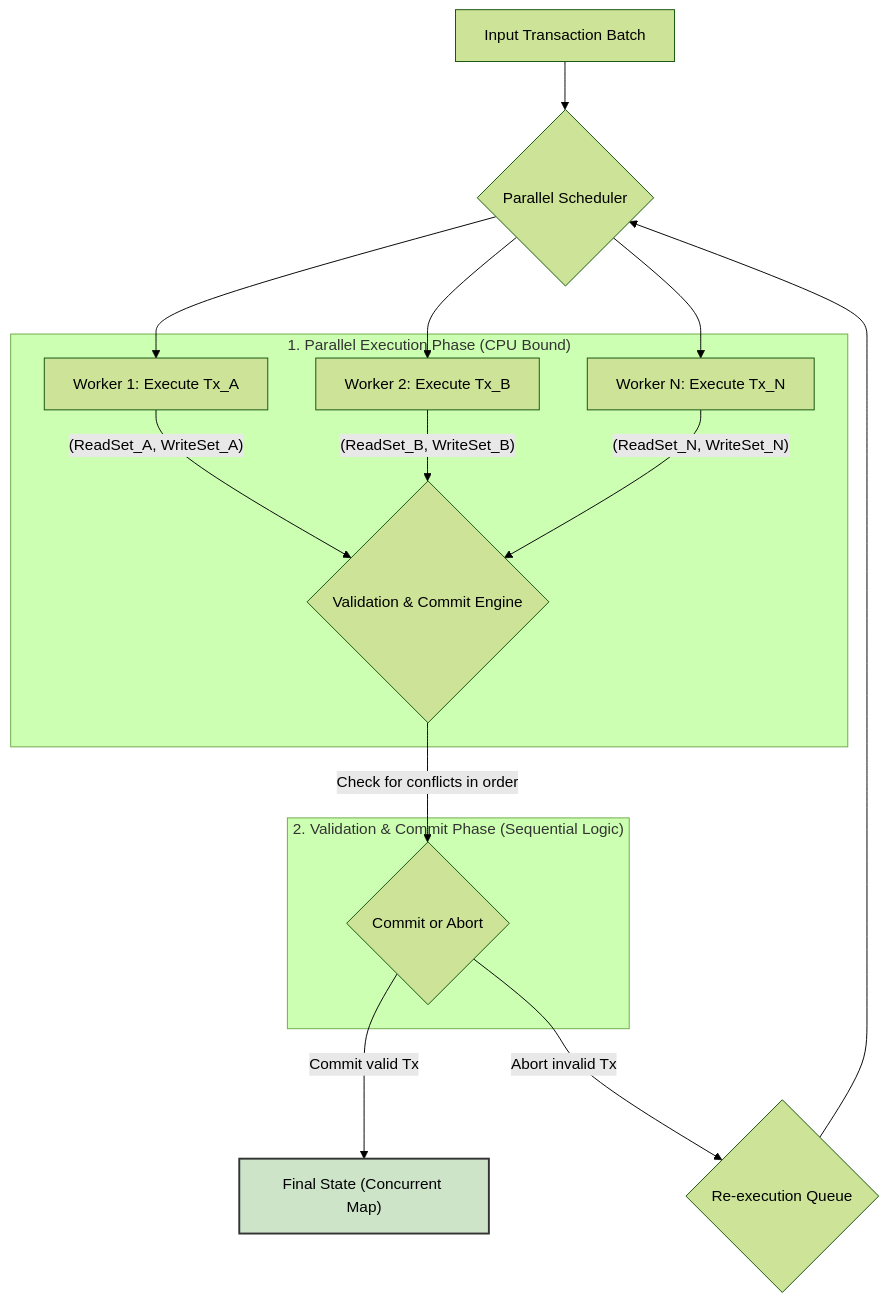
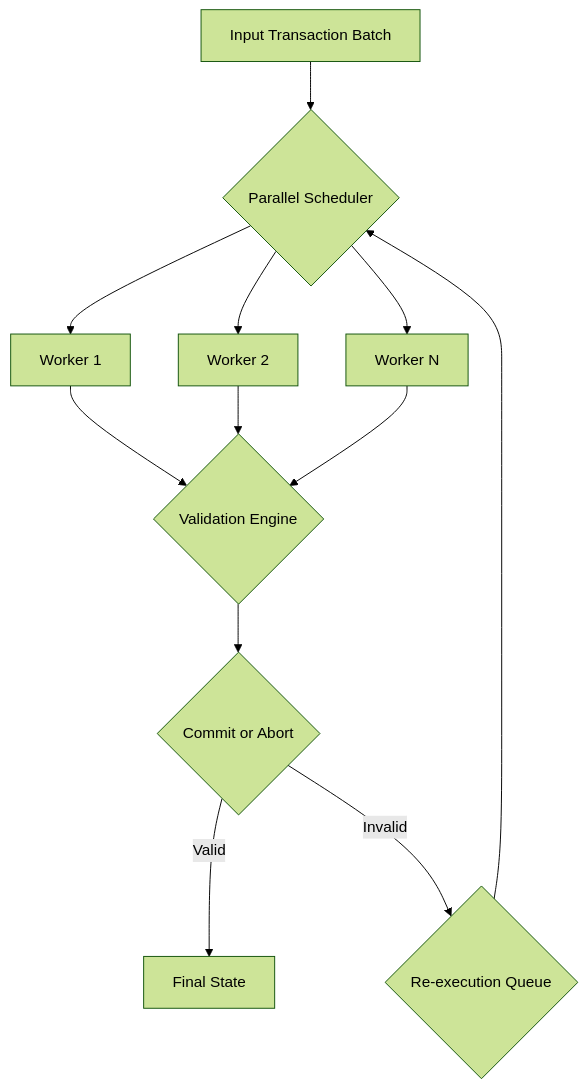
One commit to melatron/eth-transaction-validator changed the diagram in README.md. Above: the diagram before and after it, drawn with Mermaid (forest theme).

````diff
--- a/README.md
+++ b/README.md
@@ -36,23 +36,16 @@
 ```mermaid
 graph TD
-    A[Input Transaction Batch] --> B{Parallel Scheduler};
-    B --> C1[Worker 1: Execute Tx_A];
-    B --> C2[Worker 2: Execute Tx_B];
-    B --> C3[Worker N: Execute Tx_N];
+    InputBatch[Input Transaction Batch] --> Scheduler{Parallel Scheduler};
+    Scheduler --> Worker1[Worker 1];
+    Scheduler --> Worker2[Worker 2];
+    Scheduler --> WorkerN[Worker N];
 
-    subgraph "1. Parallel Execution Phase (CPU Bound)"
-        C1 -- "(ReadSet_A, WriteSet_A)" --> D{Validation & Commit Engine};
-        C2 -- "(ReadSet_B, WriteSet_B)" --> D;
-        C3 -- "(ReadSet_N, WriteSet_N)" --> D;
-    end
+    Worker1 --> ValidationEngine{Validation Engine};
+    Worker2 --> ValidationEngine;
+    WorkerN --> ValidationEngine;
 
-    subgraph "2. Validation & Commit Phase (Sequential Logic)"
-        D -- "Check for conflicts in order" --> E{Commit or Abort};
-    end
-
-    E -- "Commit valid Tx" --> F["Final State (Concurrent Map)"];
-    E -- "Abort invalid Tx" --> G{Re-execution Queue};
-    G --> B;
-
-    style F fill:#cde4c9,stroke:#333,stroke-width:2px
+    ValidationEngine --> CommitAbort{Commit or Abort};
+    CommitAbort -- "Valid" --> FinalState["Final State"];
+    CommitAbort -- "Invalid" --> ReExecutionQueue{Re-execution Queue};
+    ReExecutionQueue --> Scheduler;
 ```
````
